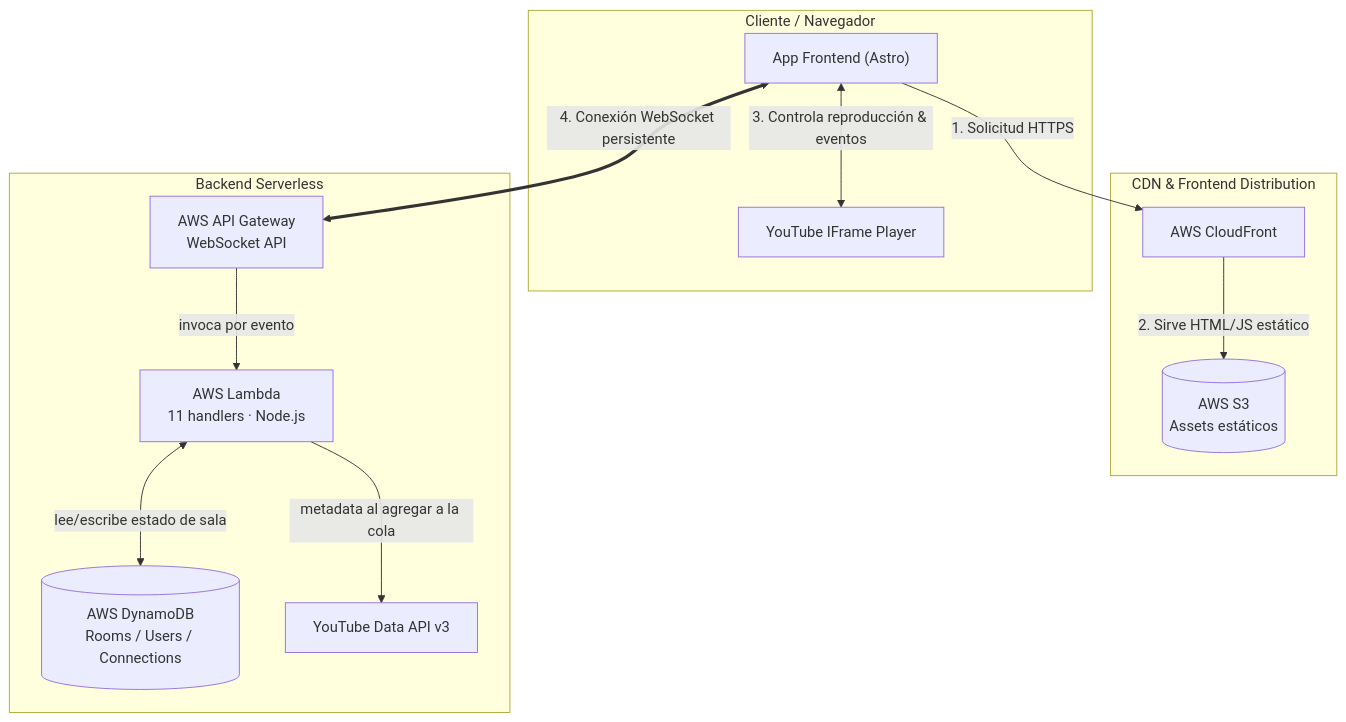
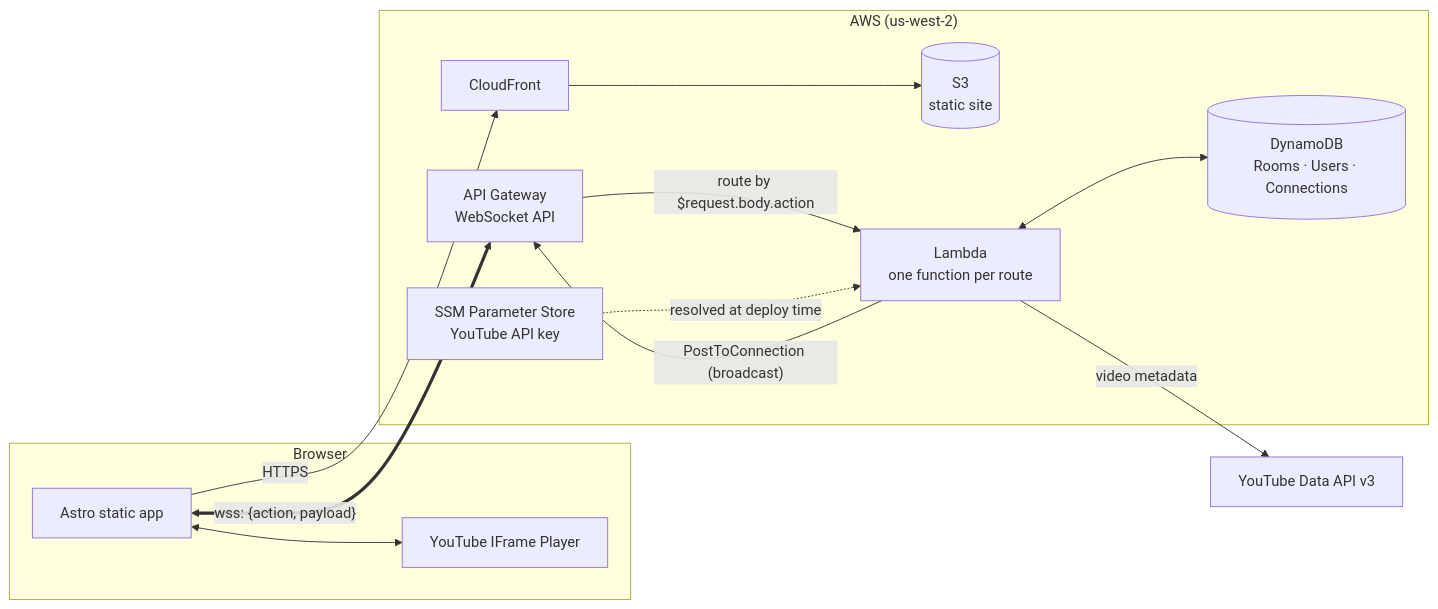
One commit to smol-ivan/smol-tube changed the first of 2 diagrams in README.md. Above: the diagram before and after it, drawn with Mermaid. The commit also changed other lines of this file and 15 other files, not shown here.

````diff
--- a/README.md
+++ b/README.md
@@ -9,27 +15,26 @@
 ```mermaid
-flowchart TD
-    subgraph Client["Cliente / Navegador"]
-        Browser["App Frontend (Astro)"]
-        YTPlayer["YouTube IFrame Player"]
+flowchart LR
+    subgraph Browser
+        UI["Astro static app"]
+        YT["YouTube IFrame Player"]
     end
 
-    subgraph CDN["CDN & Frontend Distribution"]
-        CF["AWS CloudFront"]
-        S3[("AWS S3<br/>Assets estáticos")]
+    subgraph AWS["AWS (us-west-2)"]
+        CF["CloudFront"] --> S3[("S3<br/>static site")]
+        APIGW["API Gateway<br/>WebSocket API"]
+        L["Lambda<br/>one function per route"]
+        DDB[("DynamoDB<br/>Rooms · Users · Connections")]
+        SSM["SSM Parameter Store<br/>YouTube API key"]
     end
 
-    subgraph Backend["Backend Serverless"]
-        APIGW["AWS API Gateway<br/>WebSocket API"]
-        Lambda["AWS Lambda<br/>11 handlers · Node.js"]
-        DDB[("AWS DynamoDB<br/>Rooms / Users / Connections")]
-        YTData["YouTube Data API v3"]
-    end
+    YTAPI["YouTube Data API v3"]
 
-    Browser -->|"1. Solicitud HTTPS"| CF
-    CF -->|"2. Sirve HTML/JS estático"| S3
-    Browser <-->|"3. Controla reproducción & eventos"| YTPlayer
-    Browser <==>|"4. Conexión WebSocket persistente"| APIGW
-    APIGW -->|"invoca por evento"| Lambda
-    Lambda <-->|"lee/escribe estado de sala"| DDB
-    Lambda -->|"metadata al agregar a la cola"| YTData
+    UI -->|HTTPS| CF
+    UI <--> YT
+    UI <==>|"wss: {action, payload}"| APIGW
+    APIGW -->|"route by $request.body.action"| L
+    L <--> DDB
+    L -->|"PostToConnection (broadcast)"| APIGW
+    L -->|"video metadata"| YTAPI
+    SSM -.->|"resolved at deploy time"| L
 ```
````
